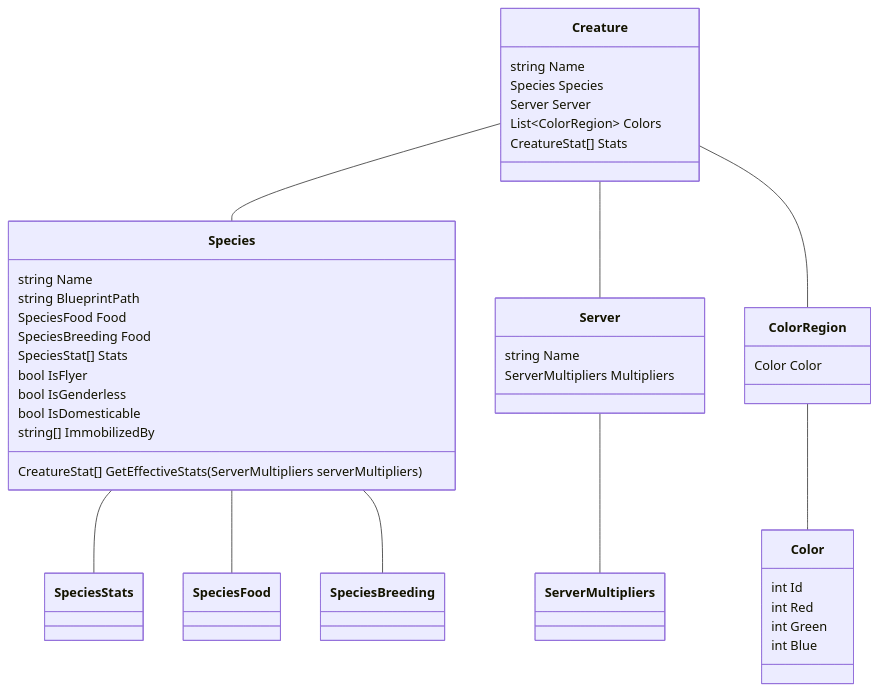
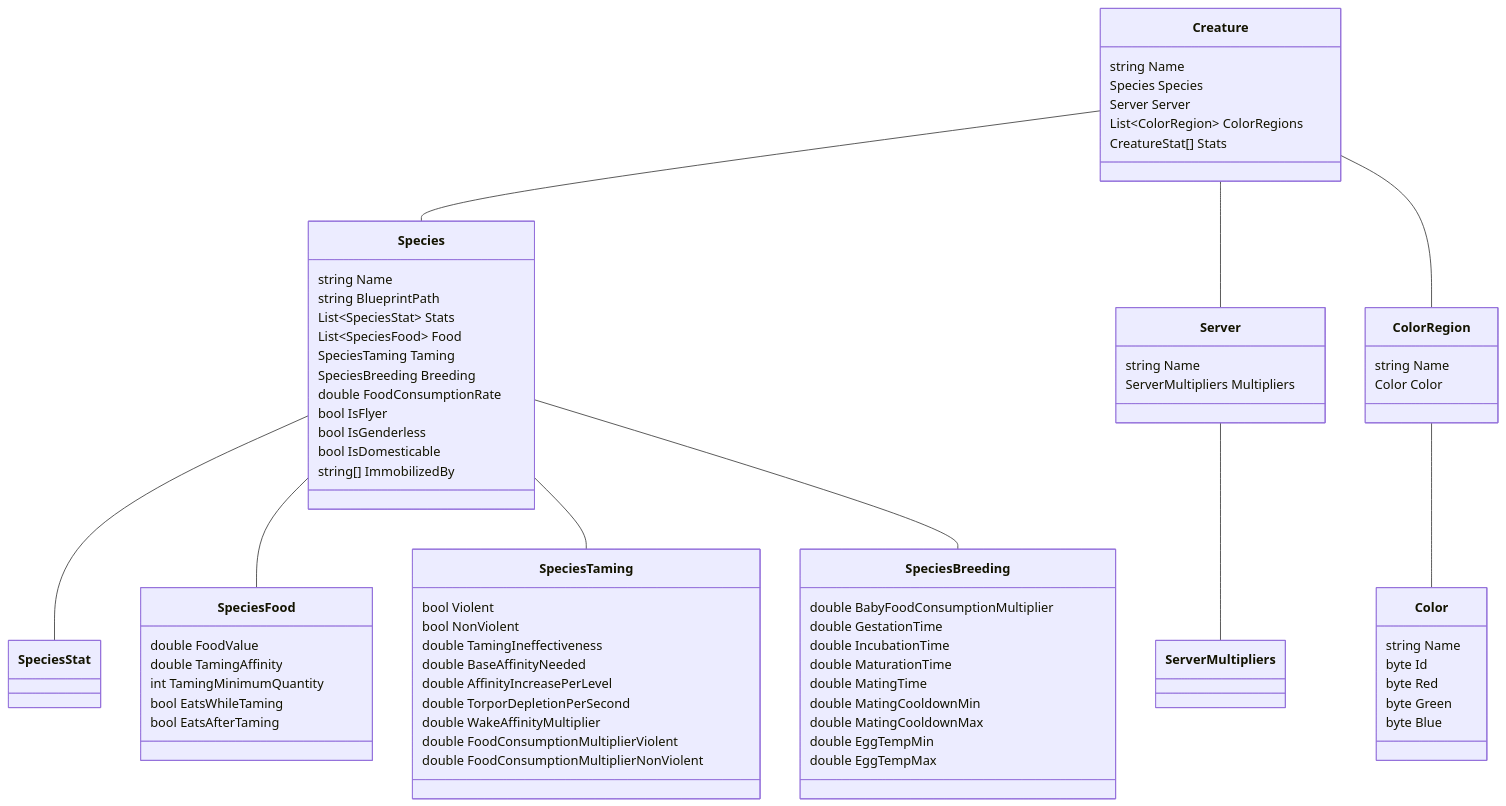
One commit to cadon/ARKStatsExtractor changed the diagram in devdocs/datamodel.md. Above: the diagram before and after it, drawn with Mermaid.

Commit message:
Add taming, food and breeding details

````diff
--- a/devdocs/datamodel.md
+++ b/devdocs/datamodel.md
@@ -4,7 +4,7 @@
     string Name
     Species Species
     Server Server
-    List~ColorRegion~ Colors
+    List~ColorRegion~ ColorRegions
     CreatureStat[] Stats
   }
 
@@ -12,38 +12,68 @@
     string Name
     string BlueprintPath
 
-    SpeciesFood Food
-    SpeciesBreeding Food
-    
-    SpeciesStat[] Stats
+    List~SpeciesStat~ Stats
+
+    List~SpeciesFood~ Food
+
+    SpeciesTaming Taming
+    SpeciesBreeding Breeding
+    double FoodConsumptionRate
 
     bool IsFlyer
     bool IsGenderless
     bool IsDomesticable
-    
+
     string[] ImmobilizedBy
-
-    CreatureStat[] GetEffectiveStats(ServerMultipliers serverMultipliers)
   }
 
   class ColorRegion {
+    string Name
     Color Color
   }
 
   class Color {
-    int Id
-    int Red
-    int Green
-    int Blue
+    string Name
+    byte Id
+
+    byte Red
+    byte Green
+    byte Blue
   }
 
   class SpeciesFood {
+    double FoodValue
+    double TamingAffinity
+    int TamingMinimumQuantity
+    bool EatsWhileTaming
+    bool EatsAfterTaming
   }
 
-  class SpeciesStats {
+  class SpeciesStat {
+  }
+
+  class SpeciesTaming {
+    bool Violent
+    bool NonViolent
+    double TamingIneffectiveness
+    double BaseAffinityNeeded
+    double AffinityIncreasePerLevel
+    double TorporDepletionPerSecond
+    double WakeAffinityMultiplier
+    double FoodConsumptionMultiplierViolent
+    double FoodConsumptionMultiplierNonViolent
   }
 
   class SpeciesBreeding {
+    double BabyFoodConsumptionMultiplier
+    double GestationTime
+    double IncubationTime
+    double MaturationTime
+    double MatingTime
+    double MatingCooldownMin
+    double MatingCooldownMax
+    double EggTempMin
+    double EggTempMax
   }
 
   class Server {
@@ -58,8 +88,9 @@
   Creature -- Server
   Creature -- ColorRegion
   ColorRegion -- Color
-  Species -- SpeciesStats
+  Species -- SpeciesStat
   Species -- SpeciesFood
+  Species -- SpeciesTaming
   Species -- SpeciesBreeding
   Server -- ServerMultipliers
 ```
````
